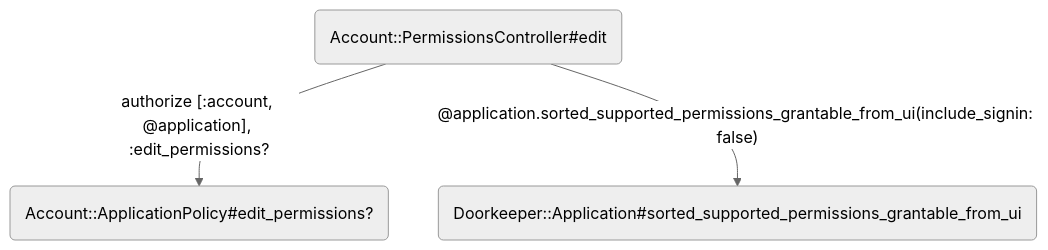
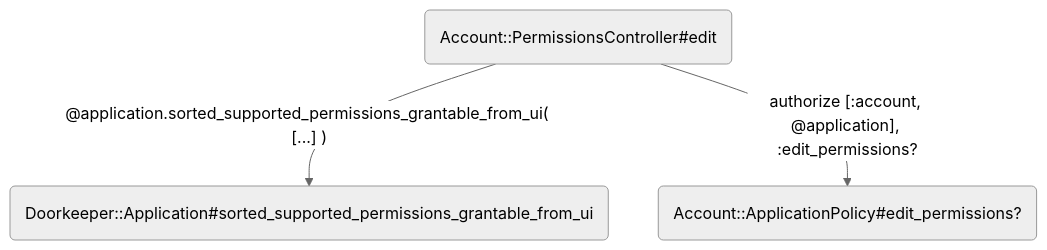
The fourth of 12 diagrams in docs/access_and_permissions.md (alphagov/signon), drawn with Mermaid (neutral theme) before and after one commit. The commit also changed other lines of this file, not shown here.

First line of the commit message:
Update access and permissions documentation

````diff
--- a/docs/access_and_permissions.md
+++ b/docs/access_and_permissions.md
@@ -99,5 +101,5 @@
 ```mermaid
 flowchart TD
-    A(Account::PermissionsController#edit) --authorize [:account, @application], :edit_permissions?--> B(Account::ApplicationPolicy#edit_permissions?)
-    A --@application.sorted_supported_permissions_grantable_from_ui(include_signin: false)--> C(Doorkeeper::Application#sorted_supported_permissions_grantable_from_ui)
+    A(Account::PermissionsController#edit) --@application.sorted_supported_permissions_grantable_from_ui( [...] )--> B(Doorkeeper::Application#sorted_supported_permissions_grantable_from_ui)
+    A --authorize [:account, @application], :edit_permissions?--> C(Account::ApplicationPolicy#edit_permissions?) 
 ```
````
